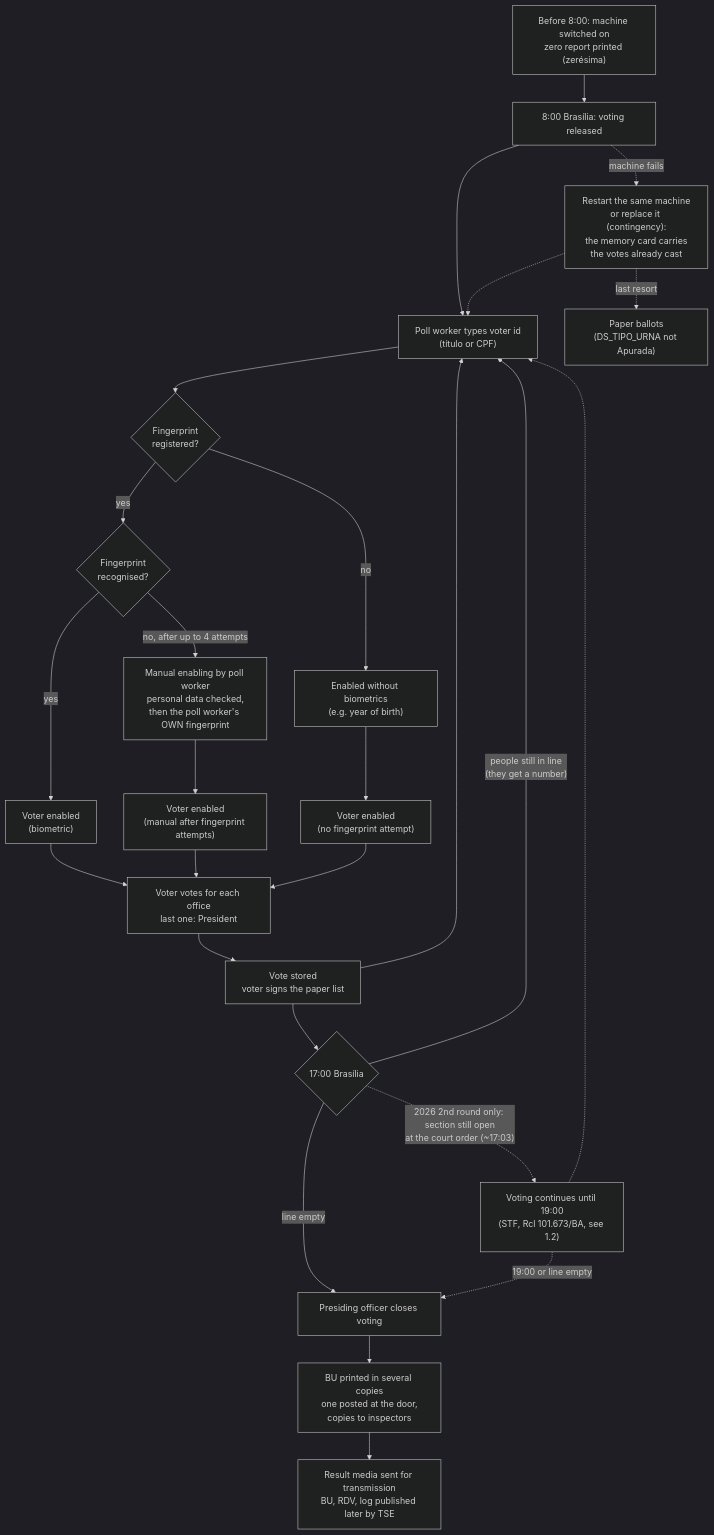
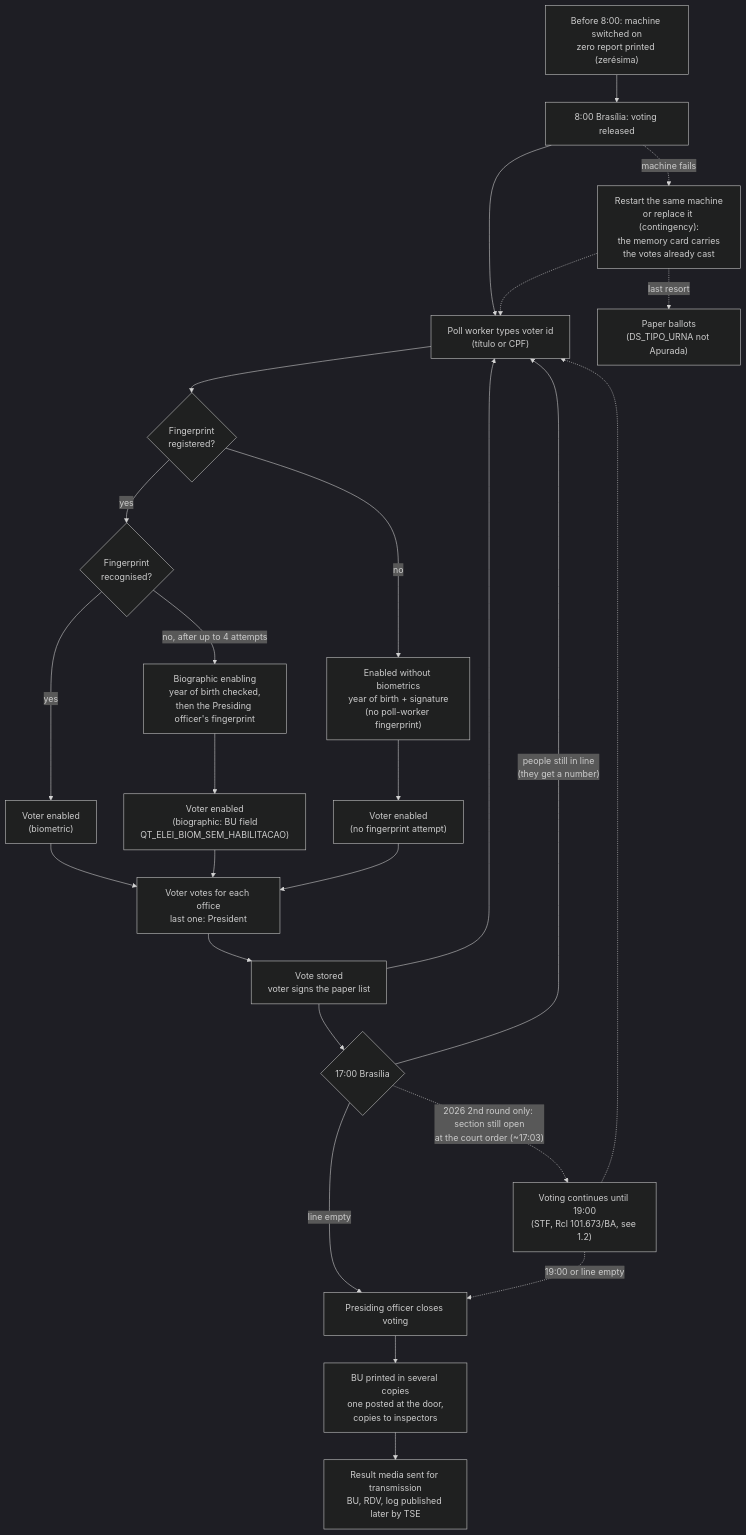
The diagram in RESEARCH_PLAN.md (JonatasOnca/Auditoria-Eleicao-2026), drawn with Mermaid (dark theme) before and after one commit. The commit also changed other lines of this file and 8 other files, not shown here.

````diff
--- a/RESEARCH_PLAN.md
+++ b/RESEARCH_PLAN.md
@@ -53,28 +56,28 @@
 ```mermaid
 flowchart TD
     A["Before 8:00: machine switched on<br/>zero report printed (zerésima)"] --> B["8:00 Brasília: voting released"]
     B --> C["Poll worker types voter id<br/>(título or CPF)"]
     C --> D{"Fingerprint<br/>registered?"}
     D -- yes --> E{"Fingerprint<br/>recognised?"}
     E -- yes --> H["Voter enabled<br/>(biometric)"]
-    E -- "no, after up to 4 attempts" --> F["Manual enabling by poll worker<br/>personal data checked,<br/>then the poll worker's OWN fingerprint"]
-    D -- no --> G["Enabled without biometrics<br/>(e.g. year of birth)"]
-    F --> I["Voter enabled<br/>(manual after fingerprint attempts)"]
+    E -- "no, after up to 4 attempts" --> F["Biographic enabling<br/>year of birth checked,<br/>then the Presiding officer's fingerprint"]
+    D -- no --> G["Enabled without biometrics<br/>year of birth + signature<br/>(no poll-worker fingerprint)"]
+    F --> I["Voter enabled<br/>(biographic: BU field<br/>QT_ELEI_BIOM_SEM_HABILITACAO)"]
     G --> J["Voter enabled<br/>(no fingerprint attempt)"]
     H --> K["Voter votes for each office<br/>last one: President"]
     I --> K
     J --> K
     K --> L["Vote stored<br/>voter signs the paper list"]
     L --> C
     L --> M{"17:00 Brasília"}
     M -- "people still in line<br/>(they get a number)" --> C
     M -- "line empty" --> N["Presiding officer closes voting"]
     M -. "2026 2nd round only: section still open<br/>at the court order (~17:03)" .-> X["Voting continues until 19:00<br/>(STF, Rcl 101.673/BA, see 1.2)"]
     X -.-> C
     X -. "19:00 or line empty" .-> N
     N --> O["BU printed in several copies<br/>one posted at the door,<br/>copies to inspectors"]
     O --> P["Result media sent for transmission<br/>BU, RDV, log published later by TSE"]
     B -. "machine fails" .-> Q["Restart the same machine<br/>or replace it (contingency):<br/>the memory card carries<br/>the votes already cast"]
     Q -. "last resort" .-> R["Paper ballots<br/>(DS_TIPO_URNA not Apurada)"]
     Q -.-> C
 ```
````
